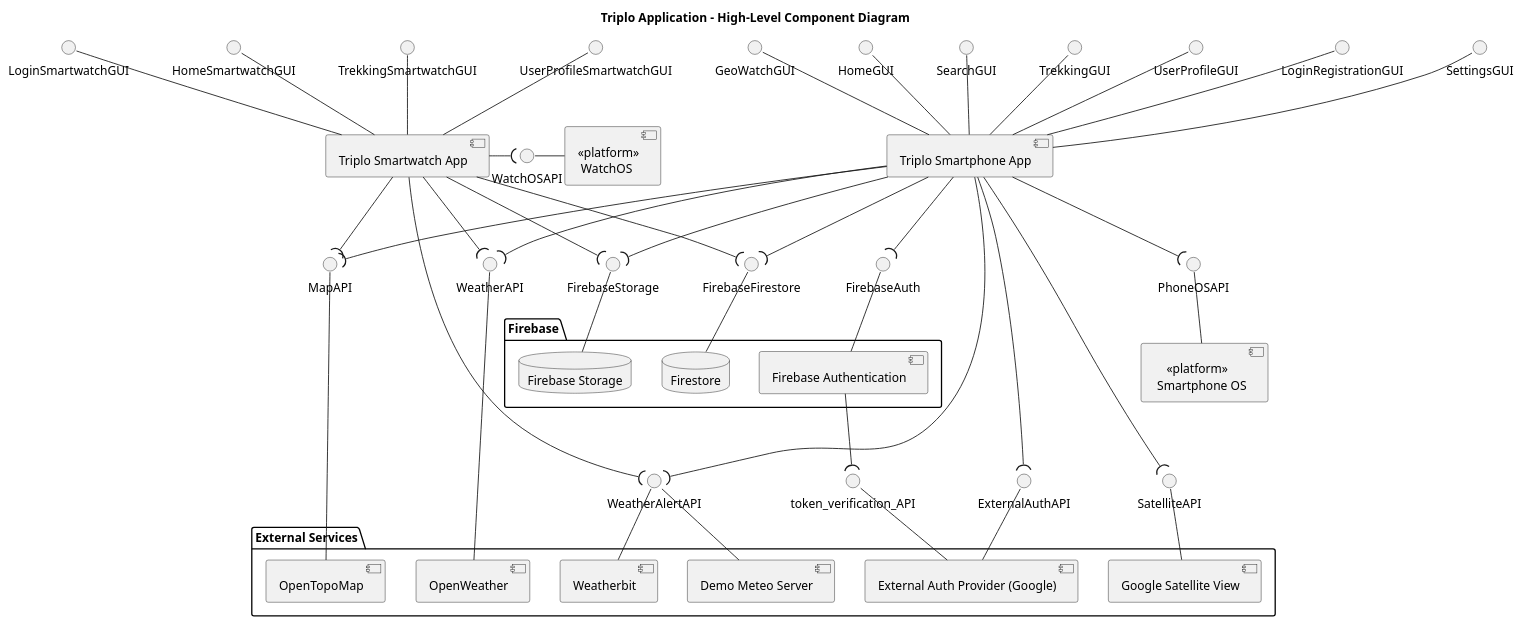
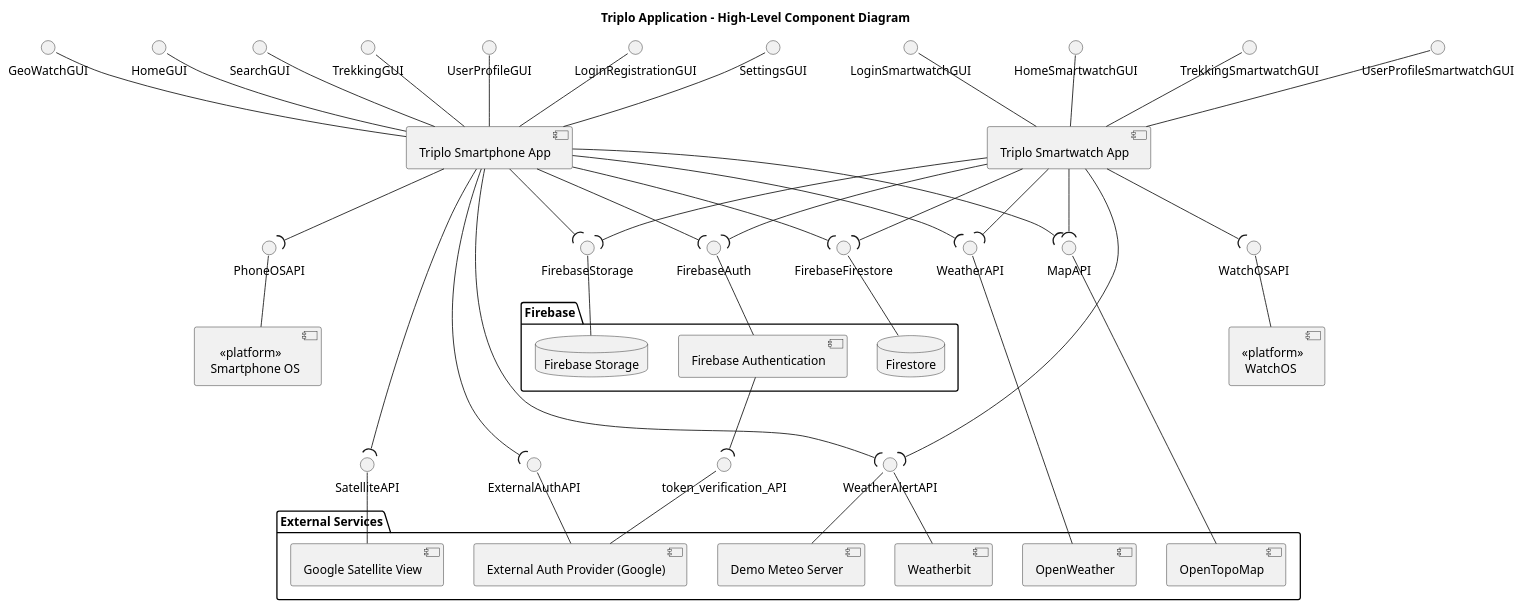
One commit to SofiaTerracciano/Triplo changed the diagram in documentation/Diagrams/high level component diagram.puml. Above: the diagram before and after it, drawn with PlantUML. The commit also changed 7 other files, not shown here.

```diff
--- a/documentation/Diagrams/high level component diagram.puml
+++ b/documentation/Diagrams/high level component diagram.puml
@@ -74,6 +74,7 @@
 FFirestore -- Firestore
 SmartphoneApp --( FStorage
 FStorage -- FirebaseStorage
+WatchApp --( FAuth
 WatchApp --( FFirestore 
 WatchApp --( FStorage 
 
@@ -203,8 +204,8 @@
 
 SmartphoneApp --( PhoneOSAPI
 PhoneOSAPI -- SmartphoneOS
-WatchApp -right-( WatchOSAPI
+WatchApp --( WatchOSAPI
 WatchApp --( WeatherAPI
 WatchApp --( WeatherAlertAPI
-WatchOSAPI -right- WatchOS
+WatchOSAPI -- WatchOS
 @enduml
```
